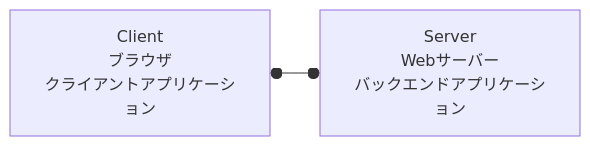
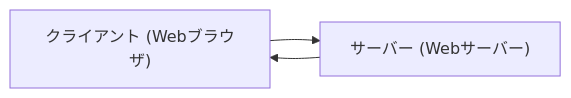
Before and after one commit to yamagame/backend-study: the diagram in 1-WEBAPI.md, drawn with Mermaid. The commit also changed other lines of this file and 1 other file, not shown here.

````diff
--- a/1-WEBAPI.md
+++ b/1-WEBAPI.md
@@ -5,4 +5,5 @@
 ```mermaid
 graph LR;
-  Client[Client<br>ブラウザ<br>クライアントアプリケーション] o--o Server[Server<br>Webサーバー<br>バックエンドアプリケーション]
+  Client["クライアント (Webブラウザ)"] --> Server["サーバー (Webサーバー)"]
+  Server --> Client
 ```
````
